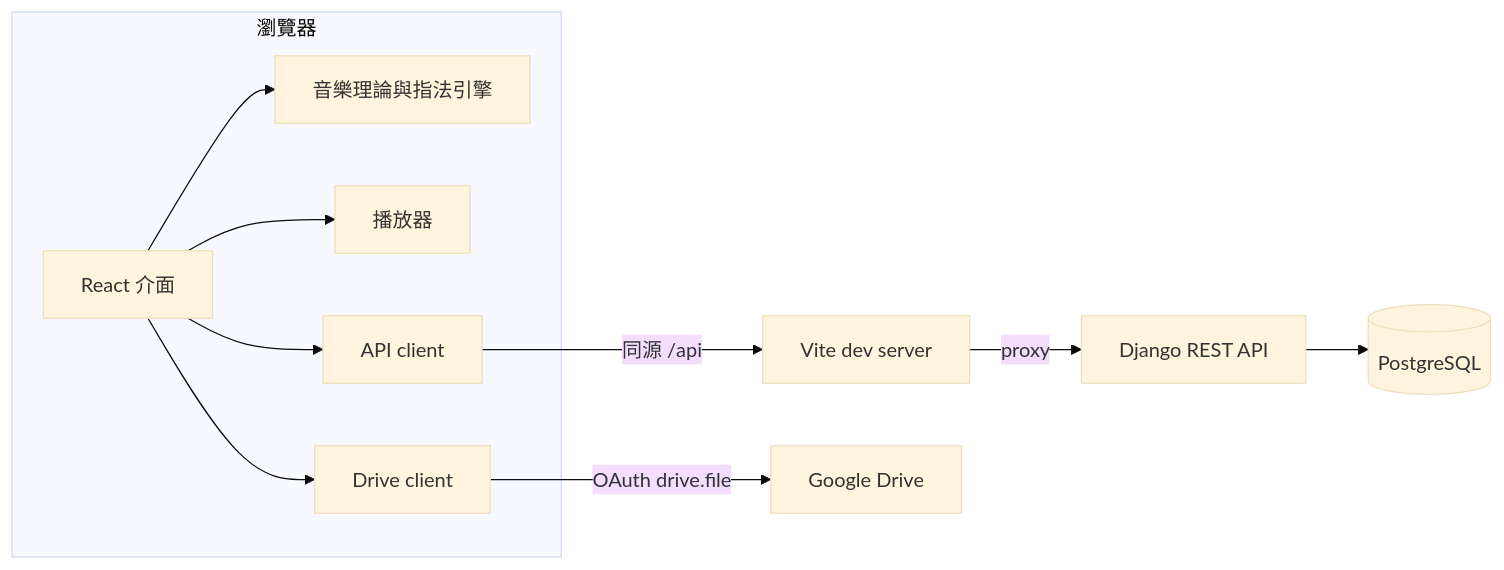
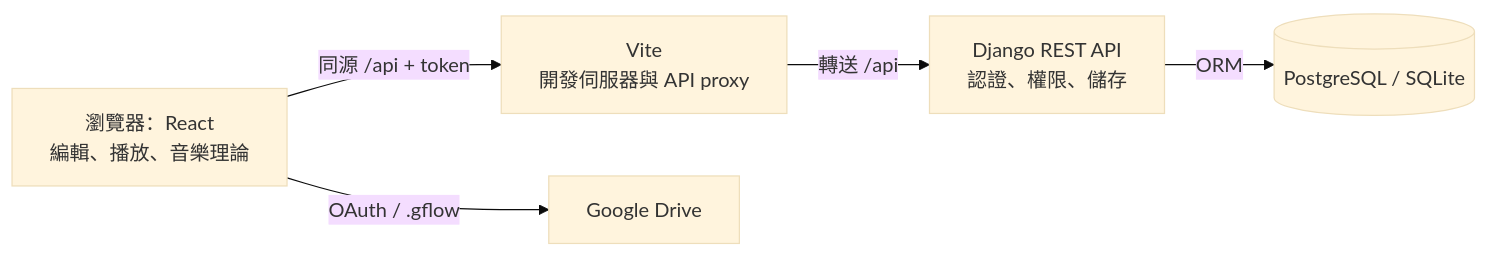
One commit to karevin07/guitarflow-studio changed the diagram in README.md. Above: the diagram before and after it, drawn with Mermaid (base theme). The commit also changed other lines of this file and 17 other files, not shown here.

````diff
--- a/README.md
+++ b/README.md
@@ -28,13 +26,13 @@
 ```mermaid
 flowchart LR
-    subgraph Browser[瀏覽器]
-        UI[React 介面] --> Theory[音樂理論與指法引擎]
-        UI --> Player[播放器]
-        UI --> ApiClient[API client]
-        UI --> DriveClient[Drive client]
-    end
-    ApiClient -->|同源 /api| Vite[Vite dev server]
-    Vite -->|proxy| Django[Django REST API]
-    Django --> DB[(PostgreSQL)]
-    DriveClient -->|OAuth drive.file| Drive[Google Drive]
+    UI["瀏覽器：React<br/>編輯、播放、音樂理論"]
+    Vite["Vite<br/>開發伺服器與 API proxy"]
+    API["Django REST API<br/>認證、權限、儲存"]
+    DB[("PostgreSQL / SQLite")]
+    Drive["Google Drive"]
+
+    UI -->|"同源 /api + token"| Vite
+    Vite -->|"轉送 /api"| API
+    API -->|"ORM"| DB
+    UI -->|"OAuth / .gflow"| Drive
 ```
````
